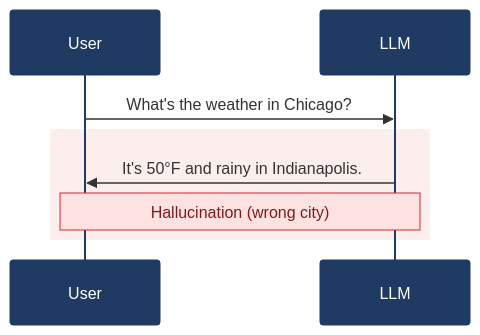
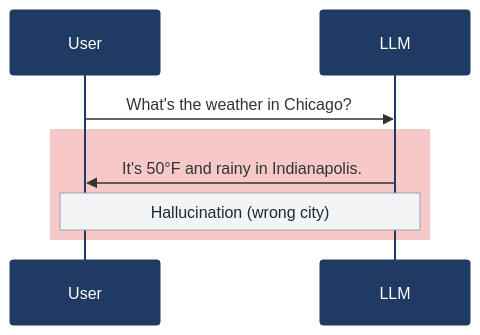
Before and after one commit to parmsam/trustedminiagents: the first of 2 diagrams in agents.qmd, drawn with Mermaid. The commit also changed other lines of this file and 2 other files, not shown here.

Commit message:
user mermaid.js for sequence diagrams

````diff
--- a/agents.qmd
+++ b/agents.qmd
@@ -18,12 +18,12 @@
 ```{mermaid}
-%%{init: {'theme':'base', 'themeVariables': {'actorBkg':'#1F3A63','actorTextColor':'#ffffff','actorBorder':'#1F3A63','noteBkgColor':'#FEE2E2','noteBorderColor':'#DC2626','noteTextColor':'#7F1D1D'}}}%%
+%%{init: {'theme':'base', 'themeVariables': {'actorBkg':'#1F3A63','actorTextColor':'#ffffff','actorBorder':'#1F3A63','noteBkgColor':'#F3F4F6','noteBorderColor':'#9CA3AF','noteTextColor':'#1F2937'}, 'sequence': {'actorFontSize': 18}}}%%
 sequenceDiagram
-    participant U as User
-    participant L as LLM
+    participant User
+    participant LLM
 
-    U->>L: What's the weather in Chicago?
-    rect rgba(220, 38, 38, 0.08)
-    L->>U: It's 50°F and rainy in Indianapolis.
-    note over U,L: Hallucination (wrong city)
+    User->>LLM: What's the weather in Chicago?
+    rect rgba(220, 38, 38, 0.25)
+    LLM->>User: It's 50°F and rainy in Indianapolis.
+    note over User,LLM: Hallucination (wrong city)
     end
 ```
````
